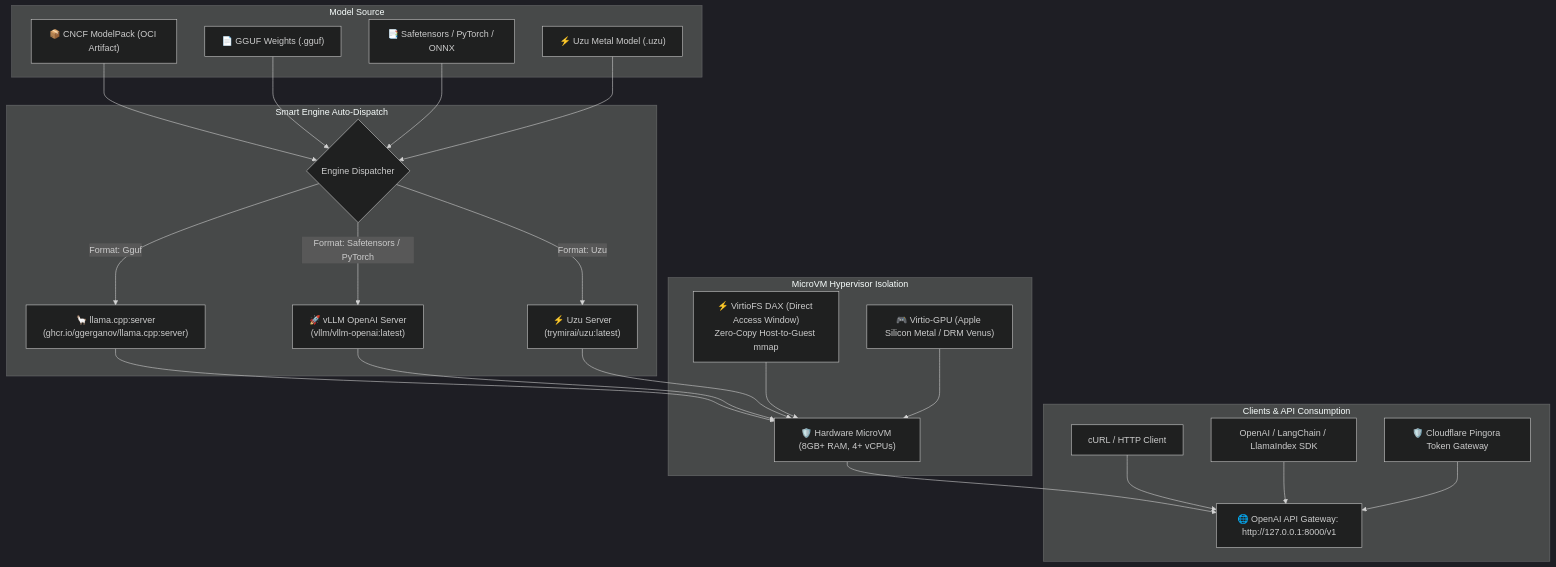
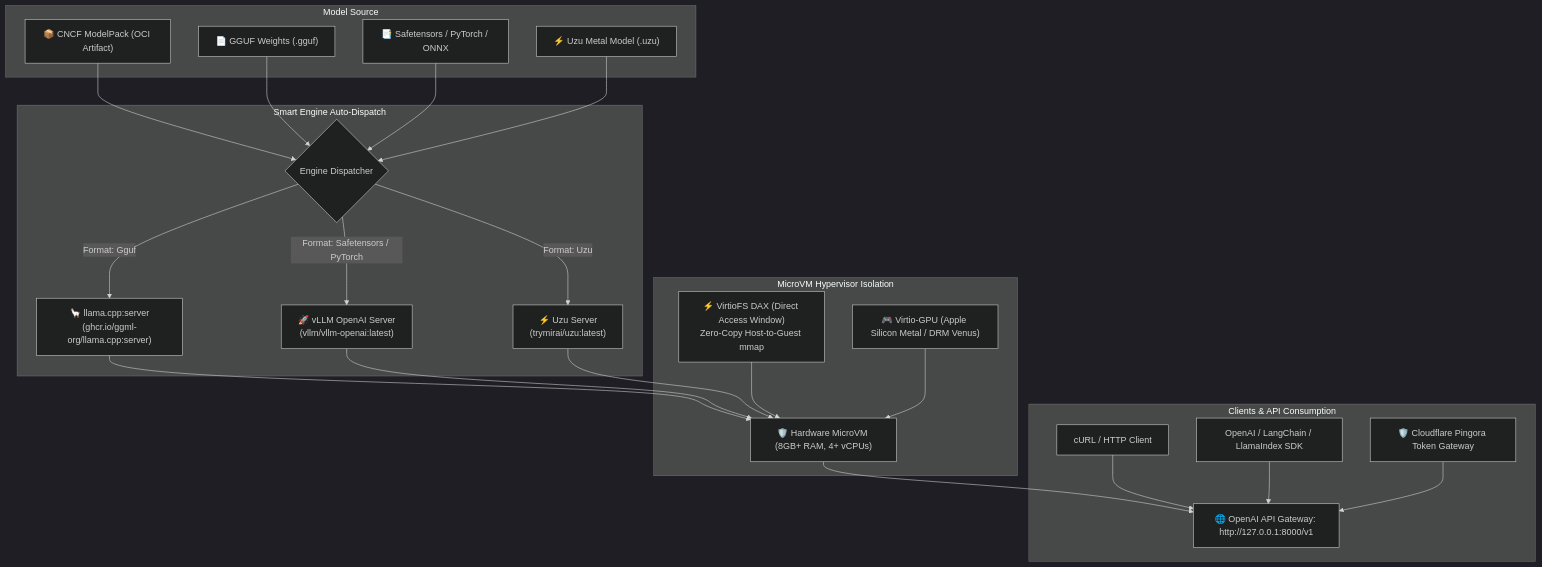
The second of 3 diagrams in krun-microvm/README.md (CroSandbox/cro), drawn with Mermaid (dark theme) before and after one commit. The commit also changed other lines of this file and 7 other files, not shown here.

````diff
--- a/krun-microvm/README.md
+++ b/krun-microvm/README.md
@@ -628,45 +628,45 @@
 ```mermaid
 graph TD
     subgraph "Model Source"
         MP["📦 CNCF ModelPack (OCI Artifact)"]
         GGUF["📄 GGUF Weights (.gguf)"]
         SAFE["📑 Safetensors / PyTorch / ONNX"]
         UZU_MOD["⚡ Uzu Metal Model (.uzu)"]
     end
 
     subgraph "Smart Engine Auto-Dispatch"
         DISPATCH{"Engine Dispatcher"}
         MP --> DISPATCH
         GGUF --> DISPATCH
         SAFE --> DISPATCH
         UZU_MOD --> DISPATCH
         
-        LLAMA["🦙 llama.cpp:server<br/>(ghcr.io/ggerganov/llama.cpp:server)"]
+        LLAMA["🦙 llama.cpp:server<br/>(ghcr.io/ggml-org/llama.cpp:server)"]
         VLLM["🚀 vLLM OpenAI Server<br/>(vllm/vllm-openai:latest)"]
         UZU["⚡ Uzu Server<br/>(trymirai/uzu:latest)"]
         
         DISPATCH -->|"Format: Gguf"| LLAMA
         DISPATCH -->|"Format: Safetensors / PyTorch"| VLLM
         DISPATCH -->|"Format: Uzu"| UZU
     end
 
     subgraph "MicroVM Hypervisor Isolation"
         DAX["⚡ VirtioFS DAX (Direct Access Window)<br/>Zero-Copy Host-to-Guest mmap"]
         GPU["🎮 Virtio-GPU (Apple Silicon Metal / DRM Venus)"]
         UVM["🛡️ Hardware MicroVM (8GB+ RAM, 4+ vCPUs)"]
         
         LLAMA --> UVM
         VLLM --> UVM
         UZU --> UVM
         DAX --> UVM
         GPU --> UVM
     end
 
     subgraph "Clients & API Consumption"
         EP["🌐 OpenAI API Gateway: http://127.0.0.1:8000/v1"]
         UVM --> EP
         CURL["cURL / HTTP Client"] --> EP
         SDK["OpenAI / LangChain / LlamaIndex SDK"] --> EP
         GATEWAY["🛡️ Cloudflare Pingora Token Gateway"] --> EP
     end
 ```
````
